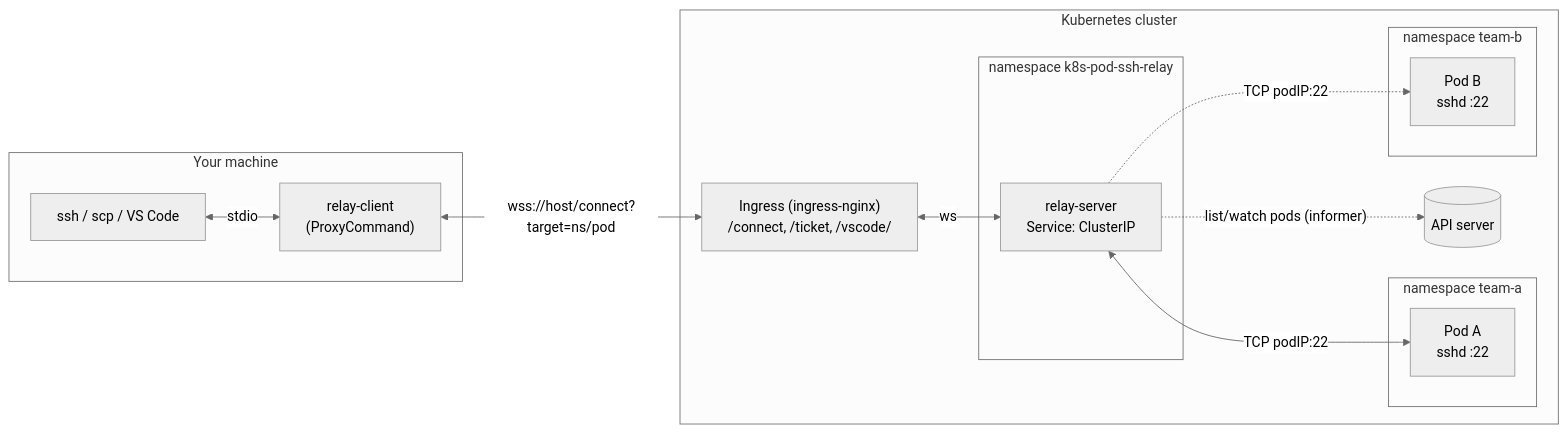
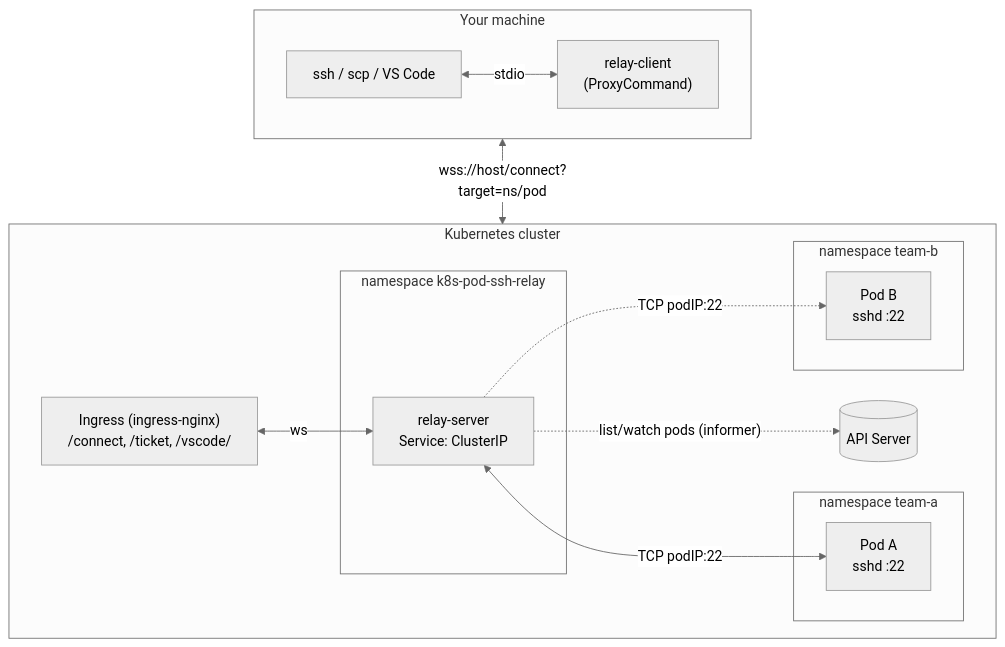
Before and after one commit to fqix/k8s-pod-ssh-relay: the second of 3 diagrams in README.md, drawn with Mermaid (neutral theme). The commit also changed other lines of this file and 1 other file, not shown here.

Commit message:
docs(readme): lay out flowcharts in rows instead of one long line
Group each flowchart into a row for your machine and a row for the
cluster, linked by the wss hop. Linking the subgraphs rather than nodes
inside them keeps each row horizontal.

````diff
--- a/README.md
+++ b/README.md
@@ -26,28 +31,28 @@
 ```mermaid
-flowchart LR
+flowchart TB
   subgraph local["Your machine"]
-    ssh["ssh / scp / VS Code"]
-    client["relay-client<br/>(ProxyCommand)"]
-    ssh <-->|stdio| client
+    direction LR
+    ssh["ssh / scp / VS Code"] <-->|stdio| client["relay-client<br/>(ProxyCommand)"]
   end
 
   subgraph cluster["Kubernetes cluster"]
-    api[("API server")]
+    direction LR
     ingress["Ingress (ingress-nginx)<br/>/connect, /ticket, /vscode/"]
+    api[("API Server")]
     subgraph ns["namespace k8s-pod-ssh-relay"]
       relay["relay-server<br/>Service: ClusterIP"]
     end
     subgraph nsA["namespace team-a"]
       podA["Pod A<br/>sshd :22"]
     end
     subgraph nsB["namespace team-b"]
       podB["Pod B<br/>sshd :22"]
     end
+    ingress <-->|ws| relay
+    relay <-->|"TCP podIP:22"| podA
+    relay -. "TCP podIP:22" .-> podB
+    relay -. "list/watch pods (informer)" .-> api
   end
 
-  client <-->|"wss://host/connect?target=ns/pod"| ingress
-  ingress <-->|ws| relay
-  relay <-->|"TCP podIP:22"| podA
-  relay -. "TCP podIP:22" .-> podB
-  relay -. "list/watch pods (informer)" .-> api
+  local <-->|"wss://host/connect?target=ns/pod"| cluster
 ```
````
